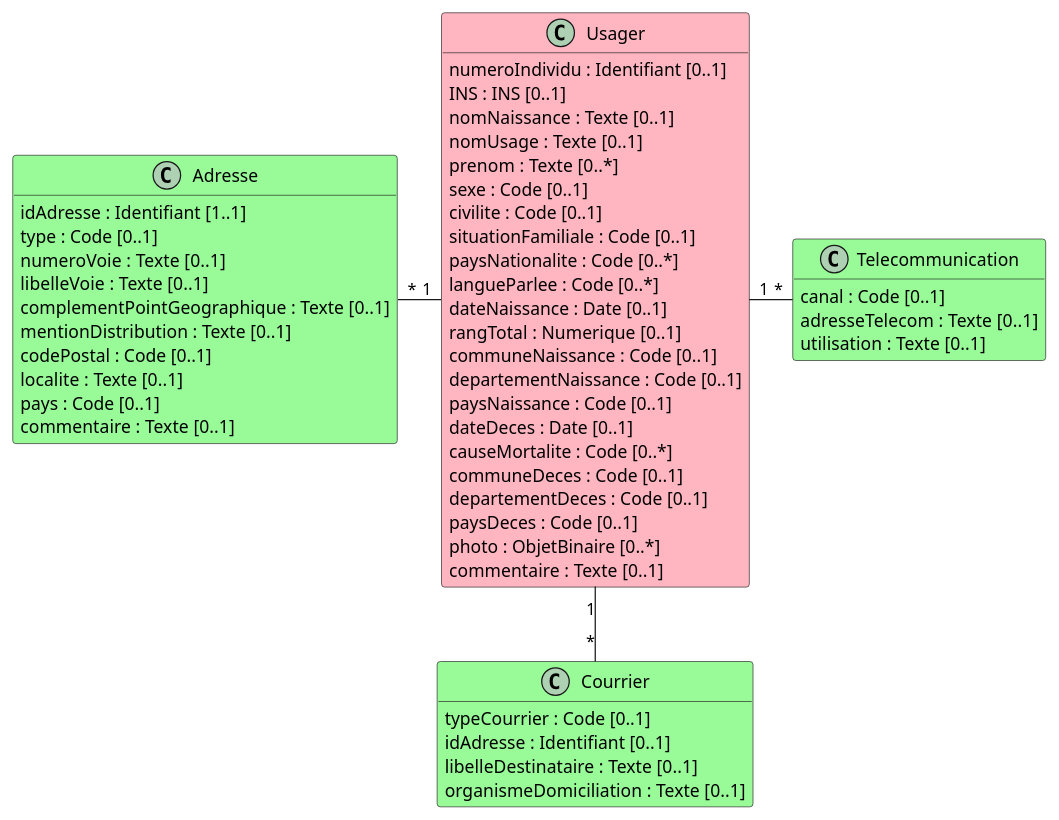
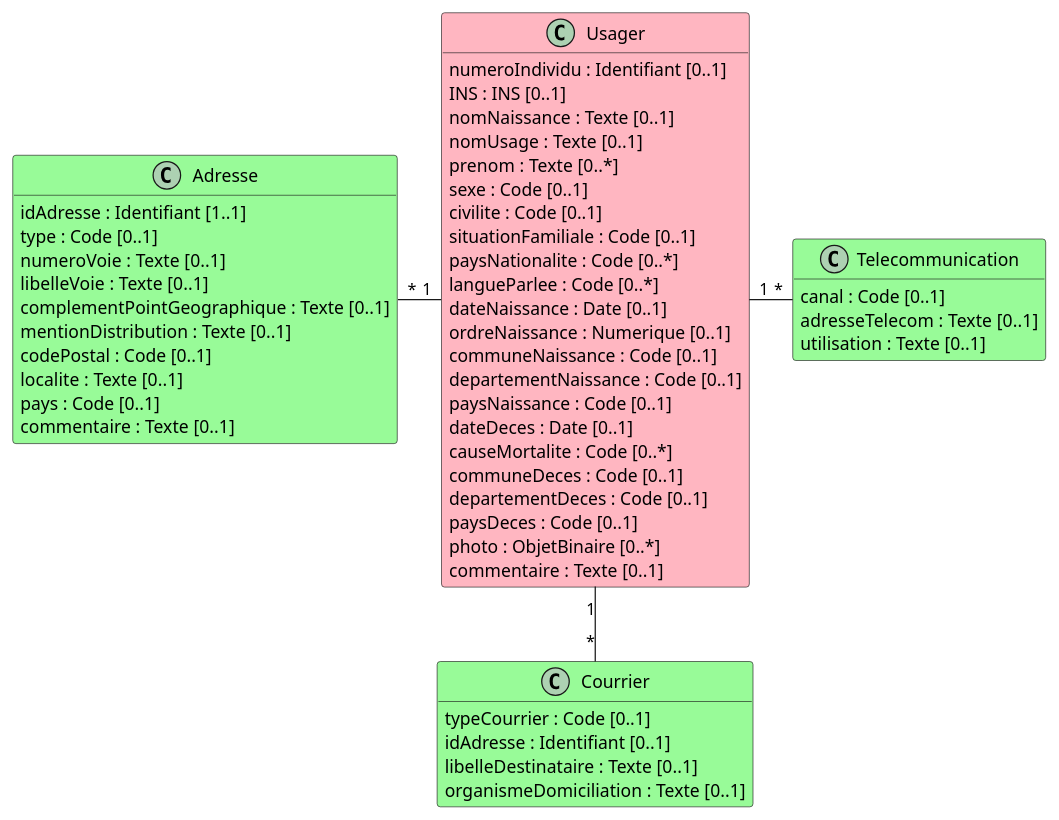
One commit to ansforge/IG-fhir-transfert-donnees-dui-esms changed the diagram in input/images-source/bloc_identification_coordonnees.plantuml. Above: the diagram before and after it, drawn with PlantUML.

```diff
--- a/input/images-source/bloc_identification_coordonnees.plantuml
+++ b/input/images-source/bloc_identification_coordonnees.plantuml
@@ -1,60 +1,60 @@
 @startuml
 
 hide empty methods
 
 class Usager #LightPink {
     numeroIndividu : Identifiant [0..1]
     INS : INS [0..1]
     nomNaissance : Texte [0..1]
     nomUsage : Texte [0..1]
     prenom : Texte [0..*]
     sexe : Code [0..1]
     civilite : Code [0..1]
     situationFamiliale : Code [0..1]
     paysNationalite : Code [0..*]
     langueParlee : Code [0..*]
     dateNaissance : Date [0..1]
-    rangTotal : Numerique [0..1]
+    ordreNaissance : Numerique [0..1]
     communeNaissance : Code [0..1]
     departementNaissance : Code [0..1]
     paysNaissance : Code [0..1]
     dateDeces : Date [0..1]
     causeMortalite : Code [0..*]
     communeDeces : Code [0..1]
     departementDeces : Code [0..1]
     paysDeces : Code [0..1]
     photo : ObjetBinaire [0..*]
     commentaire : Texte [0..1]
 }
 
 class Adresse #PaleGreen {
     idAdresse : Identifiant [1..1]
     type : Code [0..1]
     numeroVoie : Texte [0..1]
     libelleVoie : Texte [0..1]
     complementPointGeographique : Texte [0..1]
     mentionDistribution : Texte [0..1]
     codePostal : Code [0..1]
     localite : Texte [0..1]
     pays : Code [0..1]
     commentaire : Texte [0..1]
 }
 
 class Telecommunication #PaleGreen {
     canal : Code [0..1]
     adresseTelecom : Texte [0..1]
     utilisation : Texte [0..1]
 }
 
 class Courrier #PaleGreen {
     typeCourrier : Code [0..1]
     idAdresse : Identifiant [0..1]
     libelleDestinataire : Texte [0..1]
     organismeDomiciliation : Texte [0..1]
 }
 
 Adresse "*" - "1" Usager
 Usager "1" - "*" Telecommunication
 Usager "1" -- "*" Courrier
 
 @enduml
```
